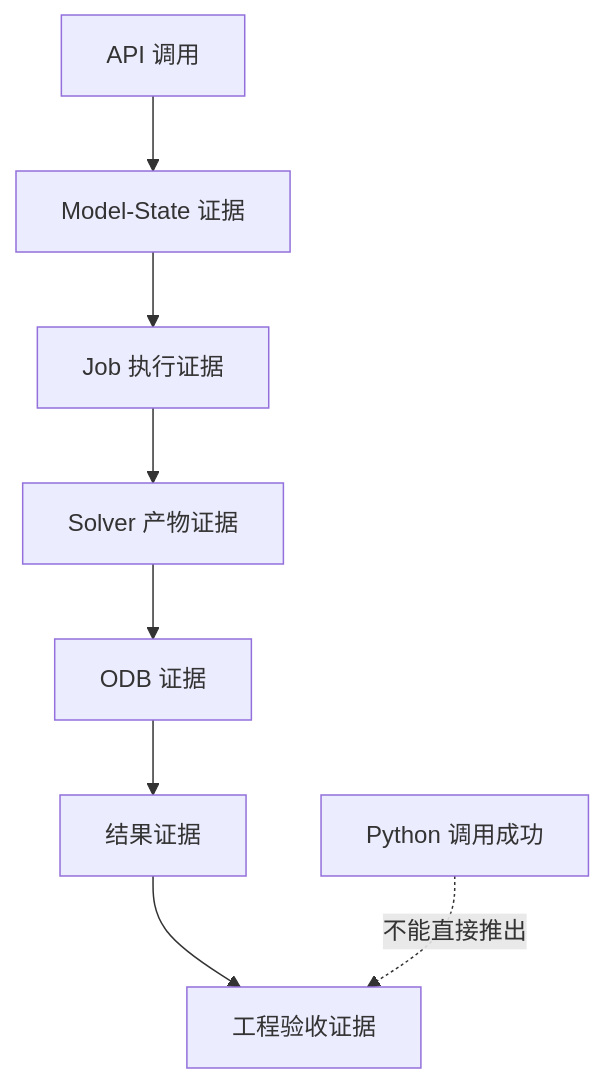
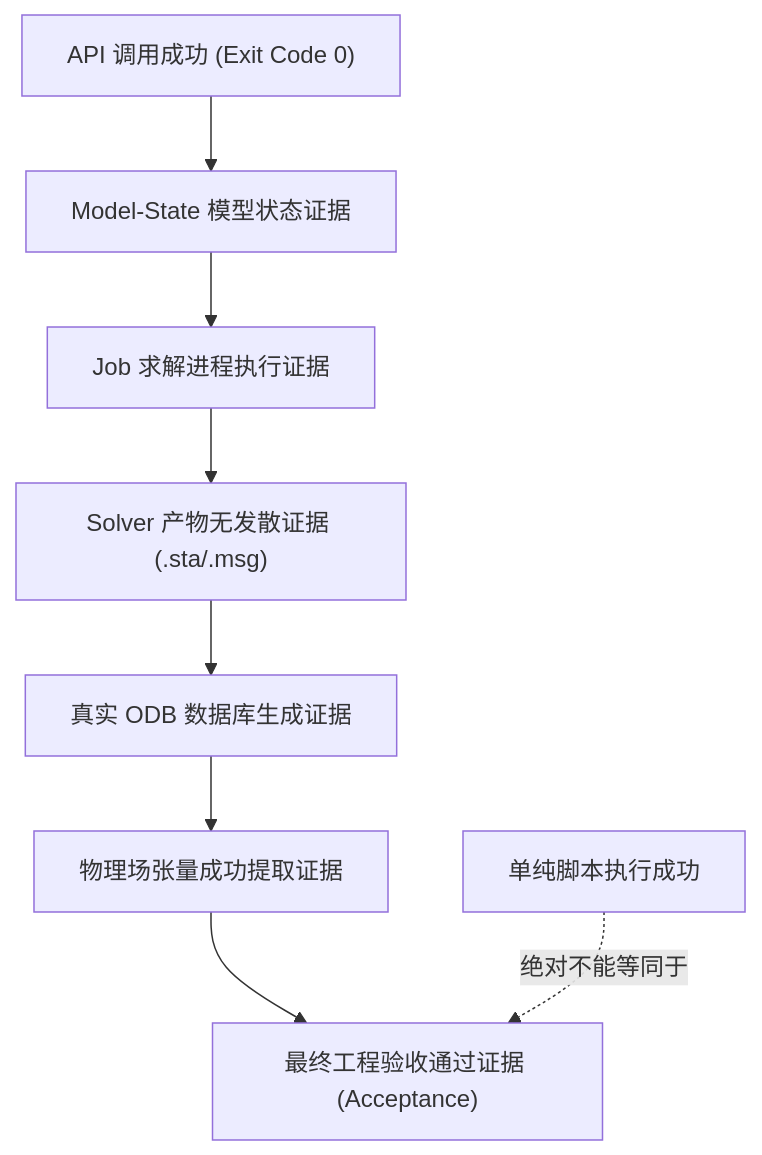
The second of 3 diagrams in README_CN.md (chenlei-gh/Abaqus-AI-Agent), drawn with Mermaid before and after one commit. The commit also changed other lines of this file and 5 other files, not shown here.

First line of the commit message:
Optimize diagram rendering for mobile devices

````diff
--- a/README_CN.md
+++ b/README_CN.md
@@ -159,10 +210,10 @@
 ```mermaid
-flowchart TB
-    I["API 调用"] --> M["Model-State 证据"]
-    M --> J["Job 执行证据"]
-    J --> S["Solver 产物证据"]
-    S --> O["ODB 证据"]
-    O --> R["结果证据"]
-    R --> A["工程验收证据"]
-    N["Python 调用成功"] -. "不能直接推出" .-> A
+flowchart TD
+    I["API 调用成功 (Exit Code 0)"] --> M["Model-State 模型状态证据"]
+    M --> J["Job 求解进程执行证据"]
+    J --> S["Solver 产物无发散证据 (.sta/.msg)"]
+    S --> O["真实 ODB 数据库生成证据"]
+    O --> R["物理场张量成功提取证据"]
+    R --> A["最终工程验收通过证据 (Acceptance)"]
+    N["单纯脚本执行成功"] -. "绝对不能等同于" .-> A
 ```
````
